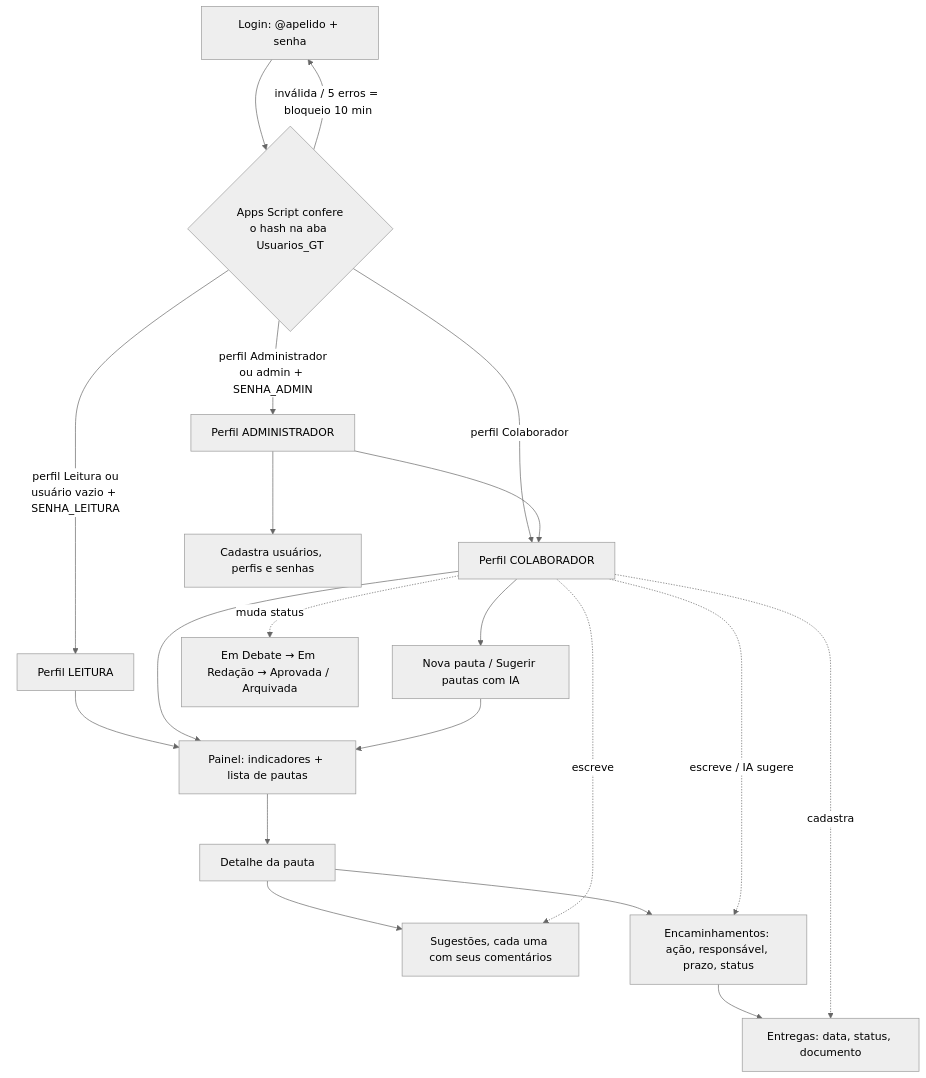
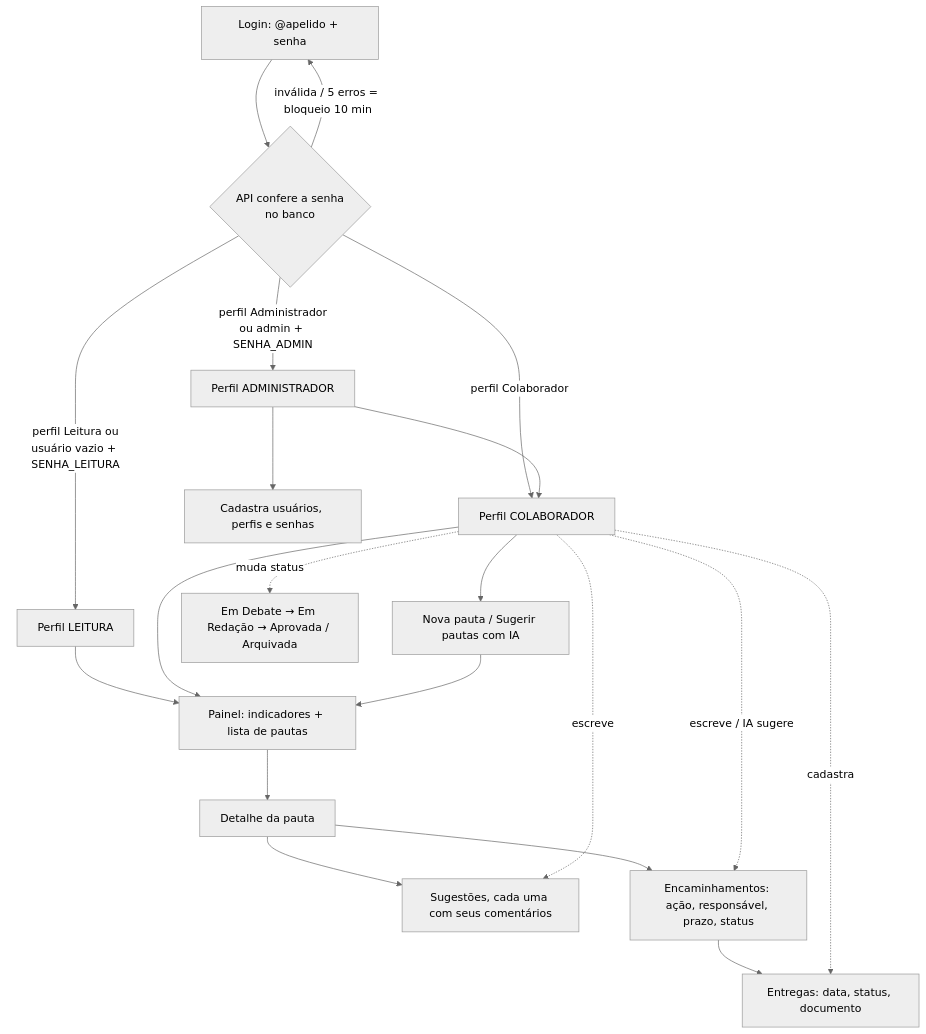
One commit to MarcoAurello/gerenciadorReunioesIA changed the first of 2 diagrams in LEIAME.md. Above: the diagram before and after it, drawn with Mermaid (neutral theme). The commit also changed other lines of this file and 11 other files, not shown here.

````diff
--- a/LEIAME.md
+++ b/LEIAME.md
@@ -19,25 +19,25 @@
 ```mermaid
 flowchart TD
-    A[Login: @apelido + senha] --> B{Apps Script confere<br>o hash na aba Usuarios_GT}
+    A[Login: @apelido + senha] --> B{API confere a senha<br>no banco}
     B -->|inválida / 5 erros = bloqueio 10 min| A
     B -->|perfil Leitura ou<br>usuário vazio + SENHA_LEITURA| L[Perfil LEITURA]
     B -->|perfil Colaborador| E[Perfil COLABORADOR]
     B -->|perfil Administrador<br>ou admin + SENHA_ADMIN| AD[Perfil ADMINISTRADOR]
     AD --> U[Cadastra usuários, perfis e senhas]
     AD --> E
 
     L --> P[Painel: indicadores + lista de pautas]
     E --> P
     E --> N[Nova pauta / Sugerir pautas com IA]
     N --> P
 
     P --> D[Detalhe da pauta]
     D --> D1[Sugestões, cada uma com seus comentários]
     D --> D2[Encaminhamentos: ação, responsável, prazo, status]
     D2 --> D3[Entregas: data, status, documento]
 
     E -.escreve.-> D1
     E -.escreve / IA sugere.-> D2
     E -.cadastra.-> D3
     E -.muda status.-> S[Em Debate → Em Redação → Aprovada / Arquivada]
 ```
````
